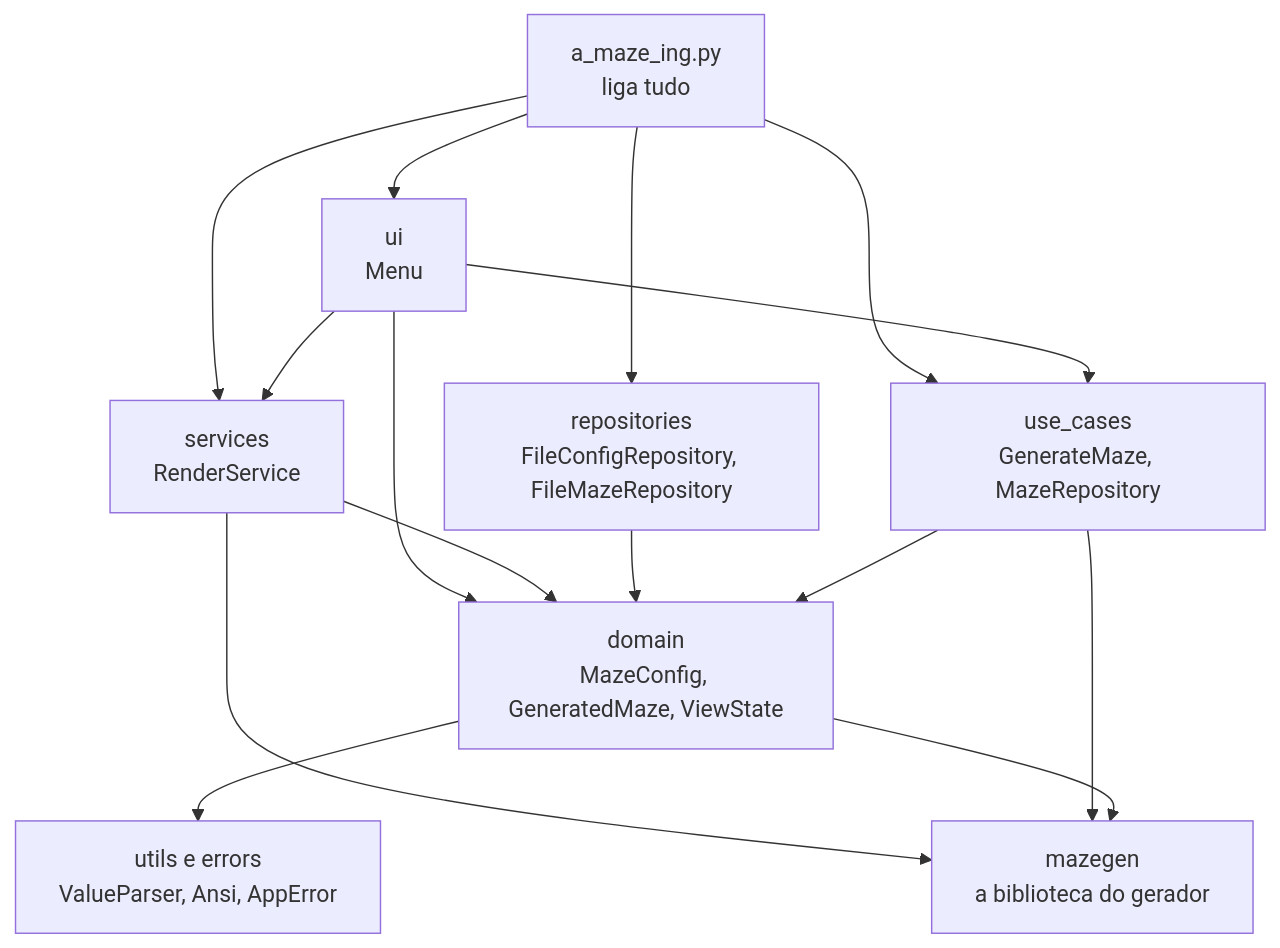
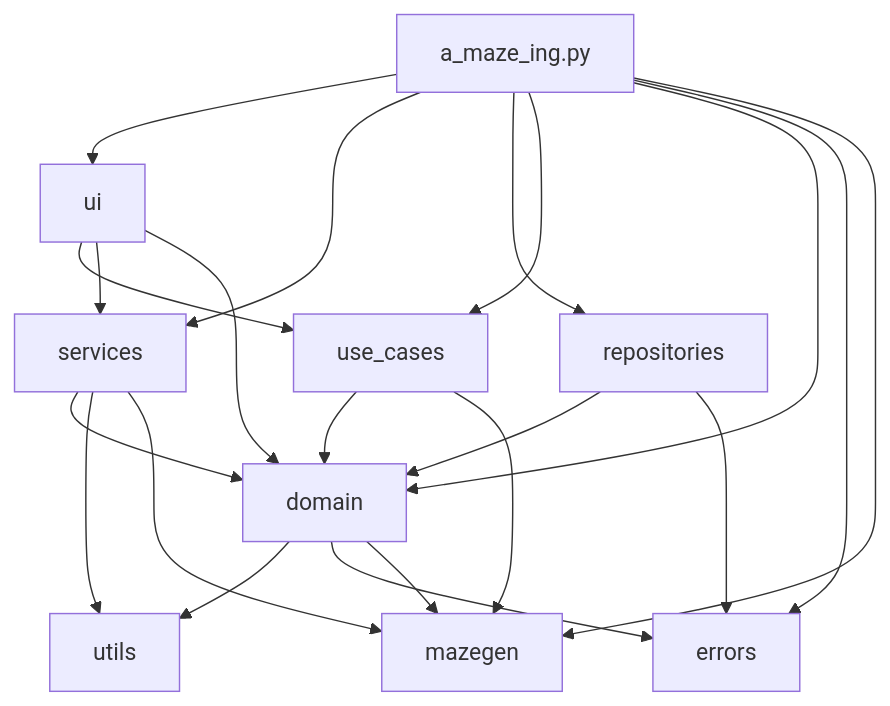
The diagram in python/a-maze-ing/tutorial/docs/02-arquitetura/03-regra-de-dependencia.md (navegar-sistemas/dojo), drawn with Mermaid before and after one commit. The commit also changed other lines of this file and 205 other files, not shown here.

Commit message:
docs(a-maze-ing): amplia capítulos do tutorial com novas seções e imagens

````diff
--- a/python/a-maze-ing/tutorial/docs/02-arquitetura/03-regra-de-dependencia.md
+++ b/python/a-maze-ing/tutorial/docs/02-arquitetura/03-regra-de-dependencia.md
@@ -13,26 +44,33 @@
 ```mermaid
 flowchart TD
-    main["a_maze_ing.py<br/>liga tudo"]
-    ui["ui<br/>Menu"]
-    repositories["repositories<br/>FileConfigRepository, FileMazeRepository"]
-    services["services<br/>RenderService"]
-    use_cases["use_cases<br/>GenerateMaze, MazeRepository"]
-    domain["domain<br/>MazeConfig, GeneratedMaze, ViewState"]
-    utils["utils e errors<br/>ValueParser, Ansi, AppError"]
-    mazegen["mazegen<br/>a biblioteca do gerador"]
+    main["a_maze_ing.py"]
+    ui["ui"]
+    services["services"]
+    repositories["repositories"]
+    use_cases["use_cases"]
+    domain["domain"]
+    utils["utils"]
+    errors["errors"]
+    mazegen["mazegen"]
 
     main --> ui
+    main --> services
     main --> repositories
-    main --> services
     main --> use_cases
+    main --> domain
+    main --> errors
+    main --> mazegen
     ui --> use_cases
     ui --> services
     ui --> domain
     services --> domain
+    services --> utils
     services --> mazegen
     repositories --> domain
+    repositories --> errors
     use_cases --> domain
     use_cases --> mazegen
     domain --> utils
+    domain --> errors
     domain --> mazegen
 ```
````
